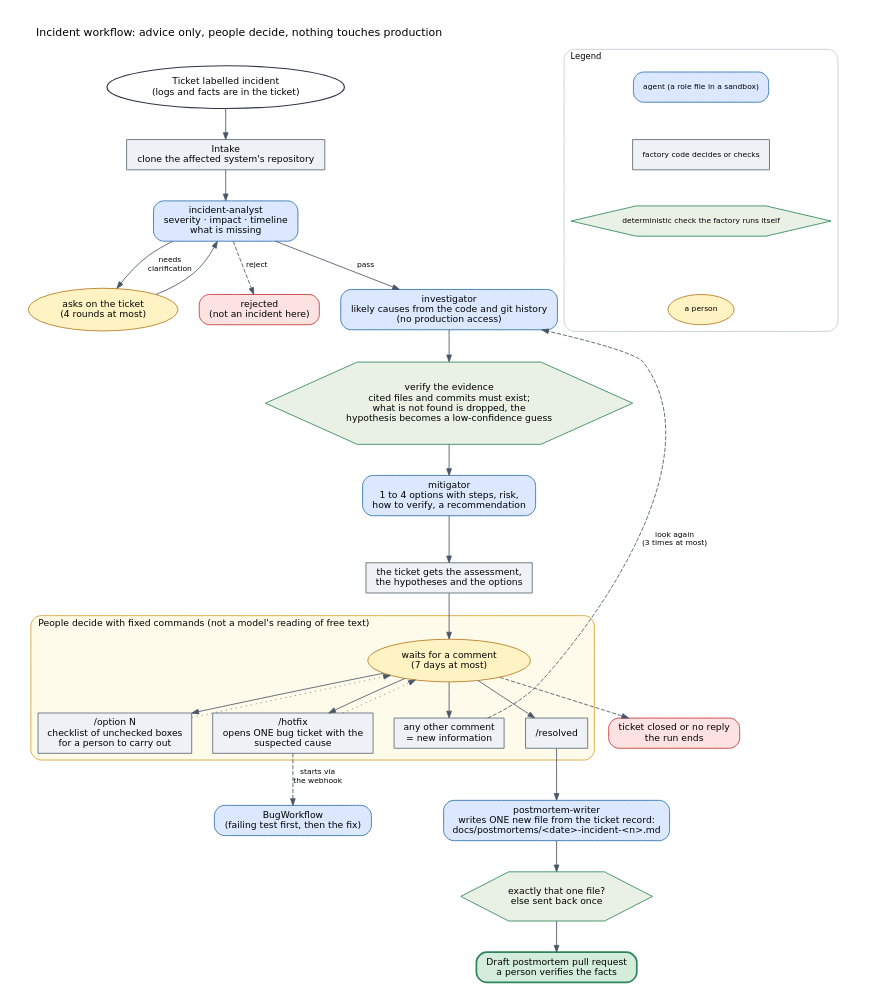
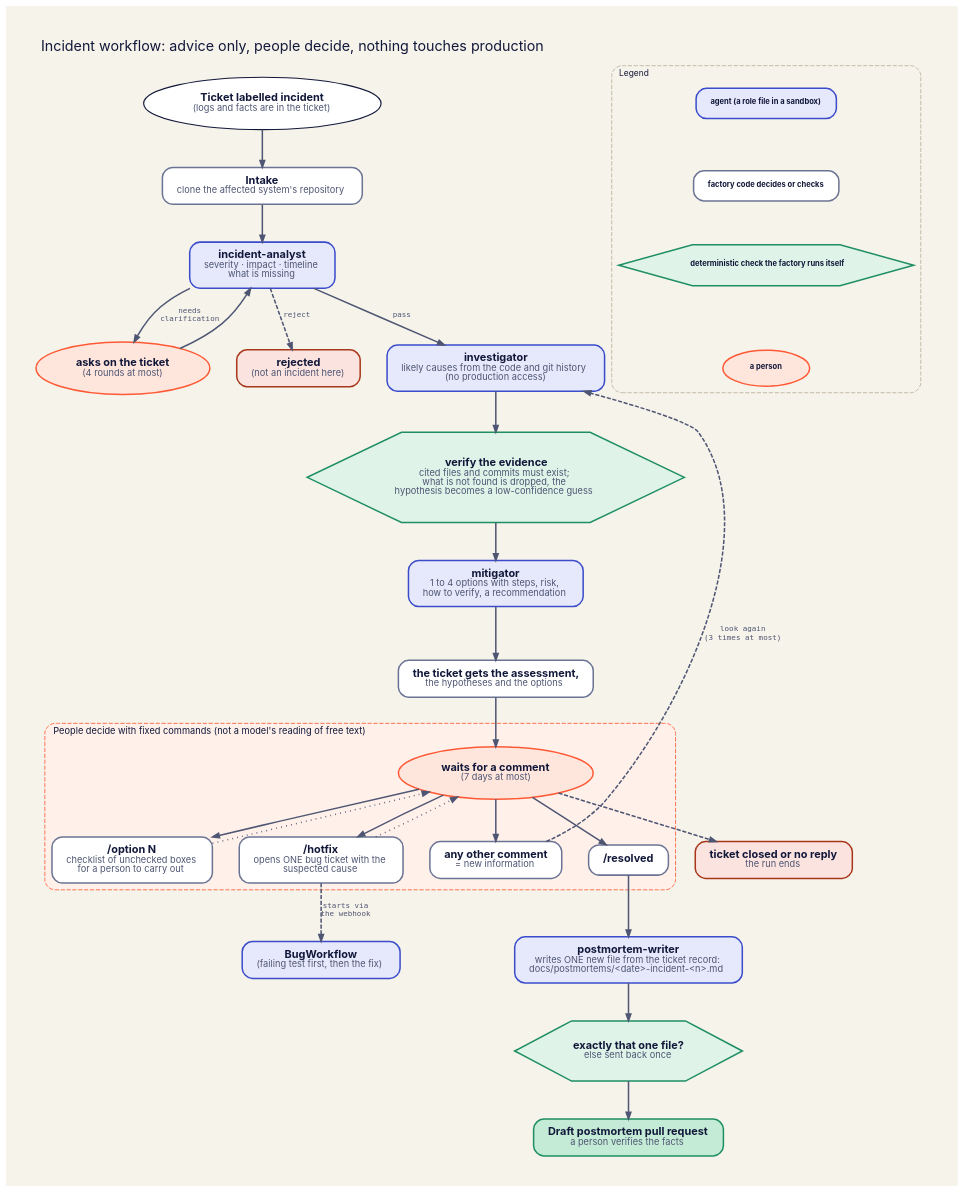
One commit to ai-sdlc-factory/ai-sdlc-factory changed the diagram in docs/diagrams/incident-workflow.dot. Above: the diagram before and after it, drawn with Graphviz. The commit also changed 24 other files, not shown here.

First line of the commit message:
Restyle docs diagrams to match the website

```diff
--- a/docs/diagrams/incident-workflow.dot
+++ b/docs/diagrams/incident-workflow.dot
@@ -1,50 +1,50 @@
 digraph incident_workflow {
-  graph [rankdir=TB, fontname="DejaVu Sans", fontsize=13, bgcolor=white, pad=0.3, nodesep=0.35, ranksep=0.5, labelloc=t, labeljust=l, compound=true];
-  node  [fontname="DejaVu Sans", fontsize=11, shape=box, style="rounded,filled", margin="0.15,0.08", fillcolor="#eef2f6", color="#5b6773"];
-  edge  [fontname="DejaVu Sans", fontsize=9, color="#4a5568", arrowsize=0.8];
+  graph [rankdir=TB, fontname="Inter",  bgcolor="#f6f3ea", pad=0.5, nodesep=0.45, ranksep=0.60, fontcolor="#12183a", fontsize=17, labelloc=t, labeljust=l, compound=true];
+  node  [fontname="Inter", fontsize=13, fontcolor="#12183a", penwidth=1.8, shape=box, style="rounded,filled", margin="0.24,0.14", fillcolor="#ffffff", color="#6b7494"];
+  edge  [fontname="DejaVu Sans Mono", fontsize=9, fontcolor="#4f5673", penwidth=1.8, arrowhead=normal, color="#4f5673", arrowsize=0.8];
   label="Incident workflow: advice only, people decide, nothing touches production";
 
-  start   [label="Ticket labelled incident\n(logs and facts are in the ticket)", shape=oval, style="filled", fillcolor="#ffffff", color="#2d3748", penwidth=1.4];
-  intake  [label="Intake\nclone the affected system's repository", shape=box, style="filled", fillcolor="#eef2f6", color="#5b6773"];
-  analyst [label="incident-analyst\nseverity · impact · timeline\nwhat is missing", shape=box, style="rounded,filled", fillcolor="#dbe8ff", color="#2b6cb0"];
-  ask1    [label="asks on the ticket\n(4 rounds at most)", shape=ellipse, style="filled", fillcolor="#fff3c4", color="#b7791f"];
-  rej     [label="rejected\n(not an incident here)", shape=box, style="rounded,filled", fillcolor="#fde2e2", color="#c53030"];
-  invest  [label="investigator\nlikely causes from the code and git history\n(no production access)", shape=box, style="rounded,filled", fillcolor="#dbe8ff", color="#2b6cb0"];
-  verify  [label="verify the evidence\ncited files and commits must exist;\nwhat is not found is dropped, the\nhypothesis becomes a low-confidence guess", shape=hexagon, style="filled", fillcolor="#e8f1e4", color="#2f855a"];
-  mitig   [label="mitigator\n1 to 4 options with steps, risk,\nhow to verify, a recommendation", shape=box, style="rounded,filled", fillcolor="#dbe8ff", color="#2b6cb0"];
-  post    [label="the ticket gets the assessment,\nthe hypotheses and the options", shape=box, style="filled", fillcolor="#eef2f6", color="#5b6773"];
+  start   [label=<<B>Ticket labelled incident</B><BR/><FONT COLOR="#4f5673" POINT-SIZE="11">(logs and facts are in the ticket)</FONT>>, shape=oval, style="filled", fillcolor="#ffffff", color="#12183a", penwidth=1.4];
+  intake  [label=<<B>Intake</B><BR/><FONT COLOR="#4f5673" POINT-SIZE="11">clone the affected system's repository</FONT>>, shape=box, style="rounded,filled", fillcolor="#ffffff", color="#6b7494"];
+  analyst [label=<<B>incident-analyst</B><BR/><FONT COLOR="#4f5673" POINT-SIZE="11">severity · impact · timeline</FONT><BR/><FONT COLOR="#4f5673" POINT-SIZE="11">what is missing</FONT>>, shape=box, style="rounded,filled", fillcolor="#e6e9fb", color="#3b4cca"];
+  ask1    [label=<<B>asks on the ticket</B><BR/><FONT COLOR="#4f5673" POINT-SIZE="11">(4 rounds at most)</FONT>>, shape=ellipse, style="filled", fillcolor="#ffe6dd", color="#ff5a36"];
+  rej     [label=<<B>rejected</B><BR/><FONT COLOR="#4f5673" POINT-SIZE="11">(not an incident here)</FONT>>, shape=box, style="rounded,filled", fillcolor="#fbe3df", color="#a8381b"];
+  invest  [label=<<B>investigator</B><BR/><FONT COLOR="#4f5673" POINT-SIZE="11">likely causes from the code and git history</FONT><BR/><FONT COLOR="#4f5673" POINT-SIZE="11">(no production access)</FONT>>, shape=box, style="rounded,filled", fillcolor="#e6e9fb", color="#3b4cca"];
+  verify  [label=<<B>verify the evidence</B><BR/><FONT COLOR="#4f5673" POINT-SIZE="11">cited files and commits must exist;</FONT><BR/><FONT COLOR="#4f5673" POINT-SIZE="11">what is not found is dropped, the</FONT><BR/><FONT COLOR="#4f5673" POINT-SIZE="11">hypothesis becomes a low-confidence guess</FONT>>, shape=hexagon, style="filled", fillcolor="#dff3e9", color="#1f8f63"];
+  mitig   [label=<<B>mitigator</B><BR/><FONT COLOR="#4f5673" POINT-SIZE="11">1 to 4 options with steps, risk,</FONT><BR/><FONT COLOR="#4f5673" POINT-SIZE="11">how to verify, a recommendation</FONT>>, shape=box, style="rounded,filled", fillcolor="#e6e9fb", color="#3b4cca"];
+  post    [label=<<B>the ticket gets the assessment,</B><BR/><FONT COLOR="#4f5673" POINT-SIZE="11">the hypotheses and the options</FONT>>, shape=box, style="rounded,filled", fillcolor="#ffffff", color="#6b7494"];
 
   subgraph cluster_people {
-    label="People decide with fixed commands (not a model's reading of free text)"; style="rounded,filled"; color="#d69e2e"; fillcolor="#fffbea"; fontsize=11;
-    wait    [label="waits for a comment\n(7 days at most)", shape=ellipse, style="filled", fillcolor="#fff3c4", color="#b7791f"];
-    opt     [label="/option N\nchecklist of unchecked boxes\nfor a person to carry out", shape=box, style="filled", fillcolor="#eef2f6", color="#5b6773"];
-    hotfix  [label="/hotfix\nopens ONE bug ticket with the\nsuspected cause", shape=box, style="filled", fillcolor="#eef2f6", color="#5b6773"];
-    more    [label="any other comment\n= new information", shape=box, style="filled", fillcolor="#eef2f6", color="#5b6773"];
-    resolved[label="/resolved", shape=box, style="filled", fillcolor="#eef2f6", color="#5b6773"];
+    label="People decide with fixed commands (not a model's reading of free text)"; style="rounded,filled,dashed"; color="#ff5a36"; fillcolor="#fff1ea"; fontsize=11;
+    wait    [label=<<B>waits for a comment</B><BR/><FONT COLOR="#4f5673" POINT-SIZE="11">(7 days at most)</FONT>>, shape=ellipse, style="filled", fillcolor="#ffe6dd", color="#ff5a36"];
+    opt     [label=<<B>/option N</B><BR/><FONT COLOR="#4f5673" POINT-SIZE="11">checklist of unchecked boxes</FONT><BR/><FONT COLOR="#4f5673" POINT-SIZE="11">for a person to carry out</FONT>>, shape=box, style="rounded,filled", fillcolor="#ffffff", color="#6b7494"];
+    hotfix  [label=<<B>/hotfix</B><BR/><FONT COLOR="#4f5673" POINT-SIZE="11">opens ONE bug ticket with the</FONT><BR/><FONT COLOR="#4f5673" POINT-SIZE="11">suspected cause</FONT>>, shape=box, style="rounded,filled", fillcolor="#ffffff", color="#6b7494"];
+    more    [label=<<B>any other comment</B><BR/><FONT COLOR="#4f5673" POINT-SIZE="11">= new information</FONT>>, shape=box, style="rounded,filled", fillcolor="#ffffff", color="#6b7494"];
+    resolved[label=<<B>/resolved</B>>, shape=box, style="rounded,filled", fillcolor="#ffffff", color="#6b7494"];
   }
-  bug     [label="BugWorkflow\n(failing test first, then the fix)", shape=box, style="rounded,filled", fillcolor="#dbe8ff", color="#2b6cb0"];
-  writer  [label="postmortem-writer\nwrites ONE new file from the ticket record:\ndocs/postmortems/<date>-incident-<n>.md", shape=box, style="rounded,filled", fillcolor="#dbe8ff", color="#2b6cb0"];
-  onefile [label="exactly that one file?\nelse sent back once", shape=hexagon, style="filled", fillcolor="#e8f1e4", color="#2f855a"];
-  pm      [label="Draft postmortem pull request\na person verifies the facts", shape=box, style="rounded,filled,bold", fillcolor="#d4edda", color="#2f855a"];
-  closed  [label="ticket closed or no reply\nthe run ends", shape=box, style="rounded,filled", fillcolor="#fde2e2", color="#c53030"];
+  bug     [label=<<B>BugWorkflow</B><BR/><FONT COLOR="#4f5673" POINT-SIZE="11">(failing test first, then the fix)</FONT>>, shape=box, style="rounded,filled", fillcolor="#e6e9fb", color="#3b4cca"];
+  writer  [label=<<B>postmortem-writer</B><BR/><FONT COLOR="#4f5673" POINT-SIZE="11">writes ONE new file from the ticket record:</FONT><BR/><FONT COLOR="#4f5673" POINT-SIZE="11">docs/postmortems/&lt;date&gt;-incident-&lt;n&gt;.md</FONT>>, shape=box, style="rounded,filled", fillcolor="#e6e9fb", color="#3b4cca"];
+  onefile [label=<<B>exactly that one file?</B><BR/><FONT COLOR="#4f5673" POINT-SIZE="11">else sent back once</FONT>>, shape=hexagon, style="filled", fillcolor="#dff3e9", color="#1f8f63"];
+  pm      [label=<<B>Draft postmortem pull request</B><BR/><FONT COLOR="#4f5673" POINT-SIZE="11">a person verifies the facts</FONT>>, shape=box, style="rounded,filled,bold", fillcolor="#c4ebd5", color="#1f8f63"];
+  closed  [label=<<B>ticket closed or no reply</B><BR/><FONT COLOR="#4f5673" POINT-SIZE="11">the run ends</FONT>>, shape=box, style="rounded,filled", fillcolor="#fbe3df", color="#a8381b"];
 
   start -> intake -> analyst;
   analyst -> ask1 [label="needs\nclarification"]; ask1 -> analyst;
   analyst -> rej [style=dashed, label="reject"];
   analyst -> invest [label="pass"];
   invest -> verify -> mitig -> post -> wait;
   wait -> opt; wait -> hotfix; wait -> more; wait -> resolved; wait -> closed [style=dashed];
   opt -> wait [style=dotted, constraint=false]; hotfix -> wait [style=dotted, constraint=false];
   hotfix -> bug [label="starts via\nthe webhook", style=dashed];
   more -> invest [label="look again\n(3 times at most)", style=dashed, constraint=false];
   resolved -> writer -> onefile -> pm;
 
   subgraph cluster_legend {
-    label="Legend"; style="rounded"; color="#c3cad2"; fontsize=10; rank=sink;
-    inl1 [label="agent (a role file in a sandbox)", shape=box, style="rounded,filled", fillcolor="#dbe8ff", color="#2b6cb0", fontsize=9];
-    inl2 [label="factory code decides or checks", shape=box, style="filled", fillcolor="#eef2f6", color="#5b6773", fontsize=9];
-    inl3 [label="deterministic check the factory runs itself", shape=hexagon, style="filled", fillcolor="#e8f1e4", color="#2f855a", fontsize=9];
-    inl4 [label="a person", shape=ellipse, style="filled", fillcolor="#fff3c4", color="#b7791f", fontsize=9];
+    label="Legend"; style="rounded,dashed"; color="#b9b29c"; fontsize=10; rank=sink;
+    inl1 [label=<<B>agent (a role file in a sandbox)</B>>, shape=box, style="rounded,filled", fillcolor="#e6e9fb", color="#3b4cca", fontsize=9];
+    inl2 [label=<<B>factory code decides or checks</B>>, shape=box, style="rounded,filled", fillcolor="#ffffff", color="#6b7494", fontsize=9];
+    inl3 [label=<<B>deterministic check the factory runs itself</B>>, shape=hexagon, style="filled", fillcolor="#dff3e9", color="#1f8f63", fontsize=9];
+    inl4 [label=<<B>a person</B>>, shape=ellipse, style="filled", fillcolor="#ffe6dd", color="#ff5a36", fontsize=9];
     inl1 -> inl2 -> inl3 -> inl4 [style=invis];
   }
 }
```
